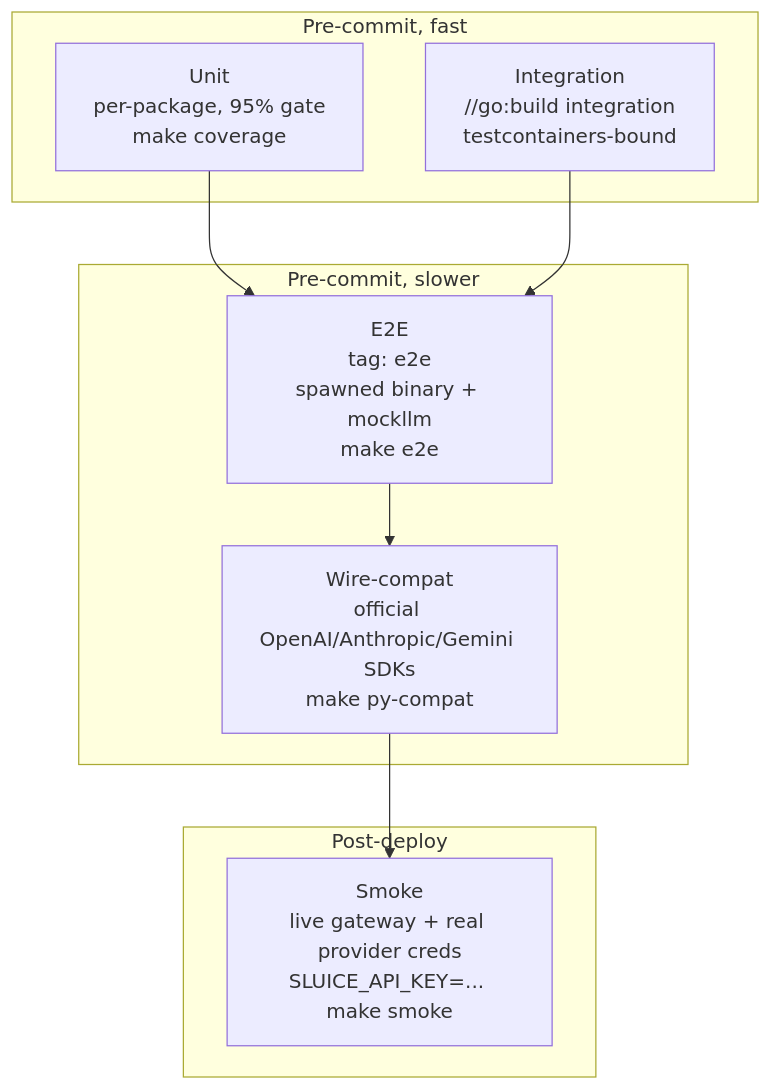
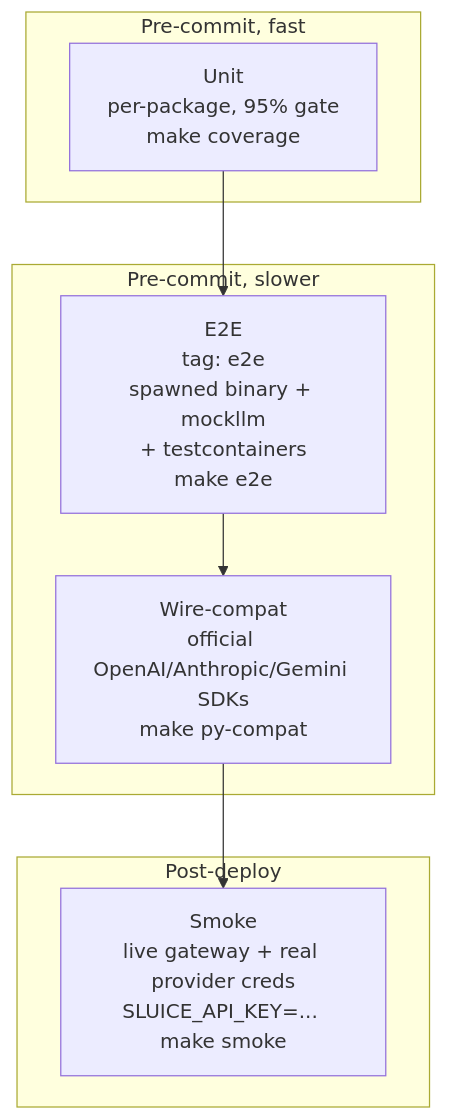
One commit to andyjmorgan/slipspace-gateway changed the third of 3 diagrams in docs/local-development.md. Above: the diagram before and after it, drawn with Mermaid. The commit also changed other lines of this file and 10 other files, not shown here.

````diff
--- a/docs/local-development.md
+++ b/docs/local-development.md
@@ -297,18 +297,16 @@
 ```mermaid
 flowchart TB
     subgraph fast[Pre-commit, fast]
         Unit[Unit<br/>per-package, 95% gate<br/>make coverage]
-        Integ[Integration<br/>//go:build integration<br/>testcontainers-bound]
     end
     subgraph slow[Pre-commit, slower]
-        E2E[E2E<br/>tag: e2e<br/>spawned binary + mockllm<br/>make e2e]
+        E2E[E2E<br/>tag: e2e<br/>spawned binary + mockllm<br/>+ testcontainers<br/>make e2e]
         PyCompat[Wire-compat<br/>official OpenAI/Anthropic/Gemini SDKs<br/>make py-compat]
     end
     subgraph post[Post-deploy]
         Smoke[Smoke<br/>live gateway + real provider creds<br/>SLUICE_API_KEY=... make smoke]
     end
     Unit --> E2E
-    Integ --> E2E
     E2E --> PyCompat
     PyCompat --> Smoke
 ```
````
